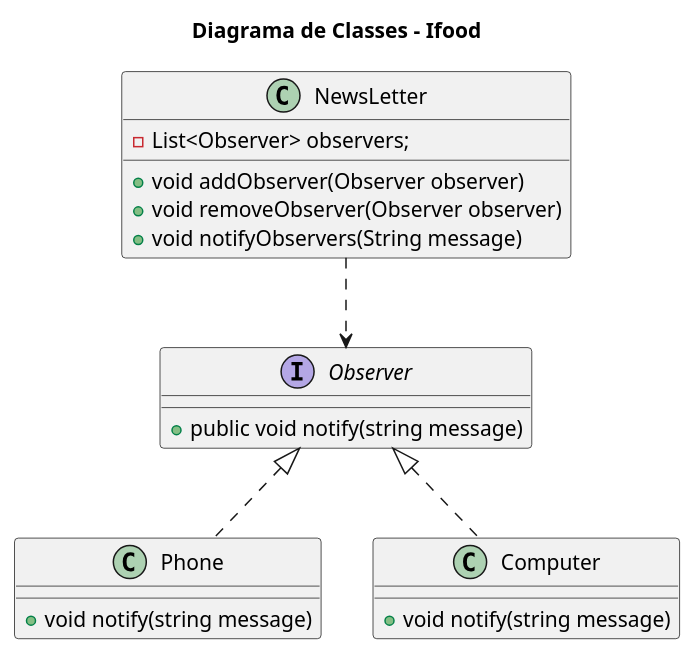
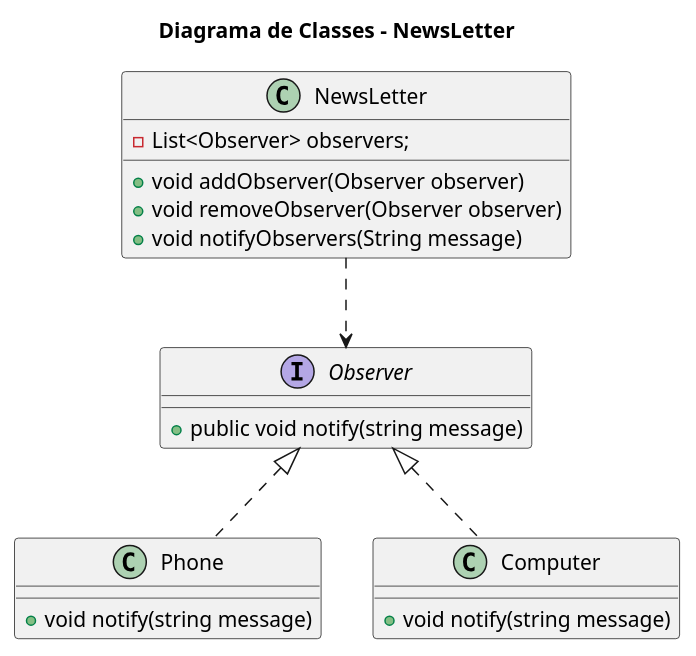
Before and after one commit to brunadias3/bertoti: the diagram in Engenharia de Software III/Observer/diagrama/diagrama.plantuml, drawn with PlantUML. The commit also changed 1 other file, not shown here.

Commit message:
atualizando diagrama observer

```diff
--- a/Engenharia de Software III/Observer/diagrama/diagrama.plantuml
+++ b/Engenharia de Software III/Observer/diagrama/diagrama.plantuml
@@ -1,27 +1,27 @@
 @startuml SuperMarket
 
-title Diagrama de Classes - Ifood
+title Diagrama de Classes - NewsLetter
 
 
 class NewsLetter {
     - List<Observer> observers;
     + void addObserver(Observer observer)
     + void removeObserver(Observer observer)
     + void notifyObservers(String message)
 }
 
 interface Observer {
   + public void notify(string message)
 }
 
 class Phone implements Observer {
   + void notify(string message)
 }
 
 class Computer implements Observer {
   + void notify(string message)
 }
 
 NewsLetter ..> Observer
 
 @enduml
```
